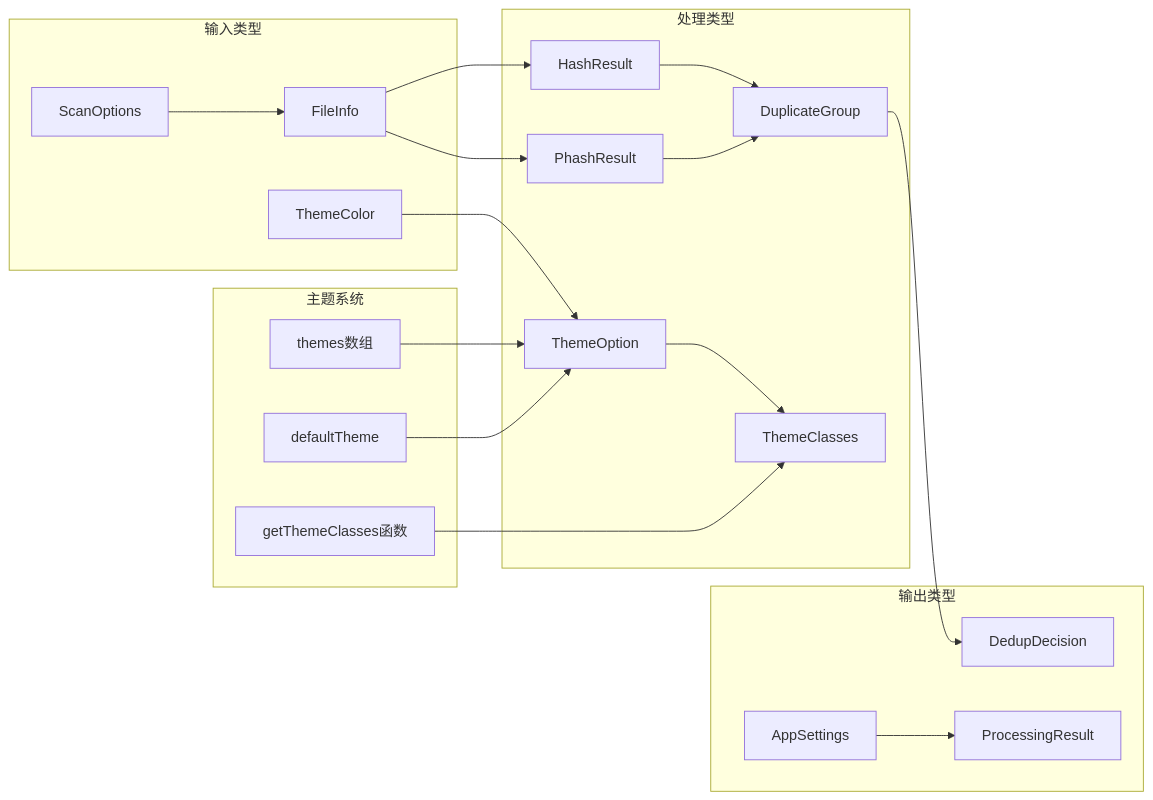
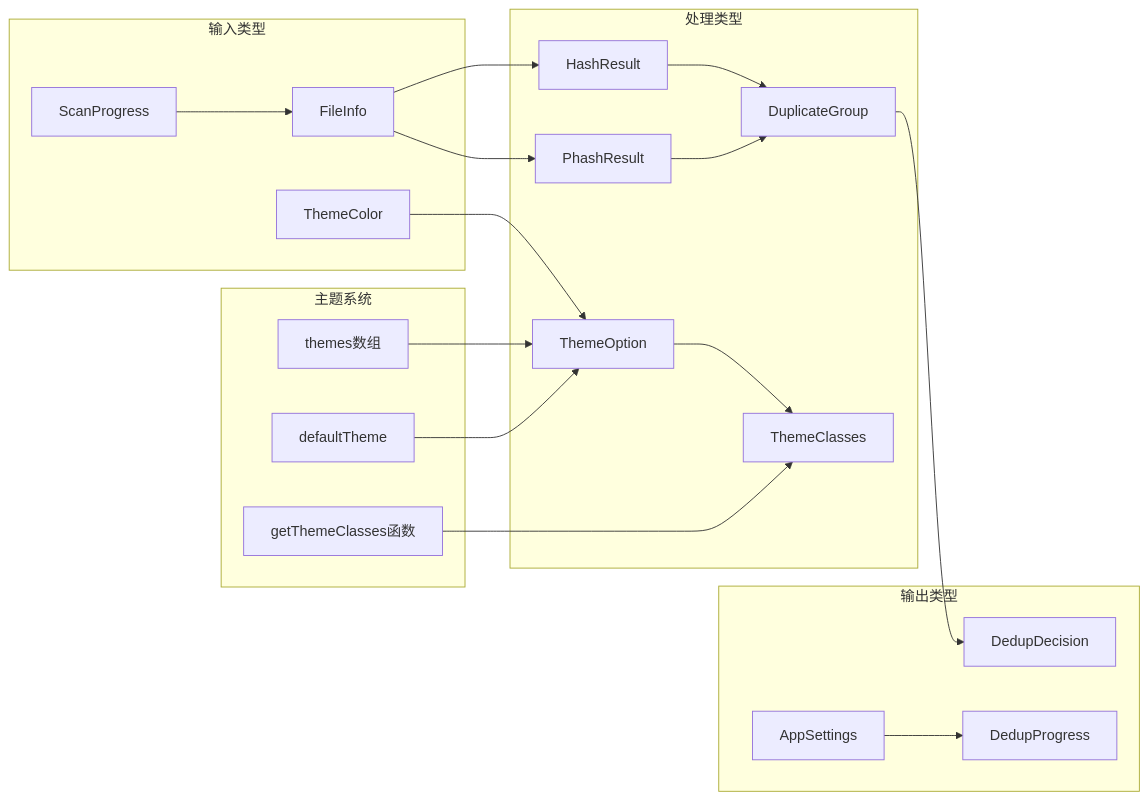
The tenth of 10 diagrams in .qoder/repowiki/zh/content/API参考手册/类型定义参考.md (remgasuki/ReDoPhoto), drawn with Mermaid before and after one commit. The commit also changed other lines of this file and 39 other files, not shown here.

````diff
--- a/.qoder/repowiki/zh/content/API参考手册/类型定义参考.md
+++ b/.qoder/repowiki/zh/content/API参考手册/类型定义参考.md
@@ -622,37 +590,37 @@
 ```mermaid
 graph LR
 subgraph "输入类型"
 FileInfo[FileInfo]
-ScanOptions[ScanOptions]
+ScanProgress[ScanProgress]
 ThemeColor[ThemeColor]
 end
 subgraph "处理类型"
 HashResult[HashResult]
 PhashResult[PhashResult]
 DuplicateGroup[DuplicateGroup]
 ThemeClasses[ThemeClasses]
 ThemeOption[ThemeOption]
 end
 subgraph "输出类型"
 DedupDecision[DedupDecision]
-ProcessingResult[ProcessingResult]
+DedupProgress[DedupProgress]
 AppSettings[AppSettings]
 end
 subgraph "主题系统"
 themes[themes数组]
 defaultTheme[defaultTheme]
 getThemeClasses[getThemeClasses函数]
 end
 FileInfo --> HashResult
 FileInfo --> PhashResult
 HashResult --> DuplicateGroup
 PhashResult --> DuplicateGroup
-ScanOptions --> FileInfo
+ScanProgress --> FileInfo
 DuplicateGroup --> DedupDecision
-AppSettings --> ProcessingResult
+AppSettings --> DedupProgress
 ThemeOption --> ThemeClasses
 ThemeColor --> ThemeOption
 themes --> ThemeOption
 defaultTheme --> ThemeOption
 getThemeClasses --> ThemeClasses
 ```
````
